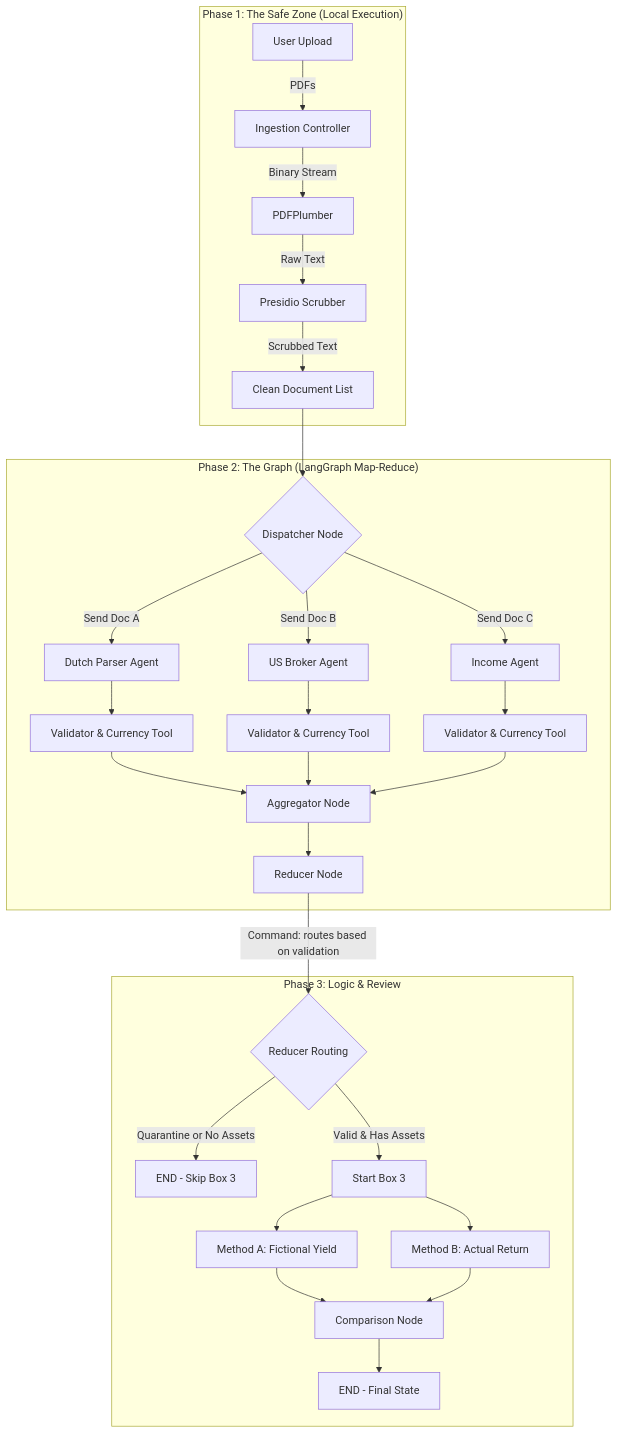
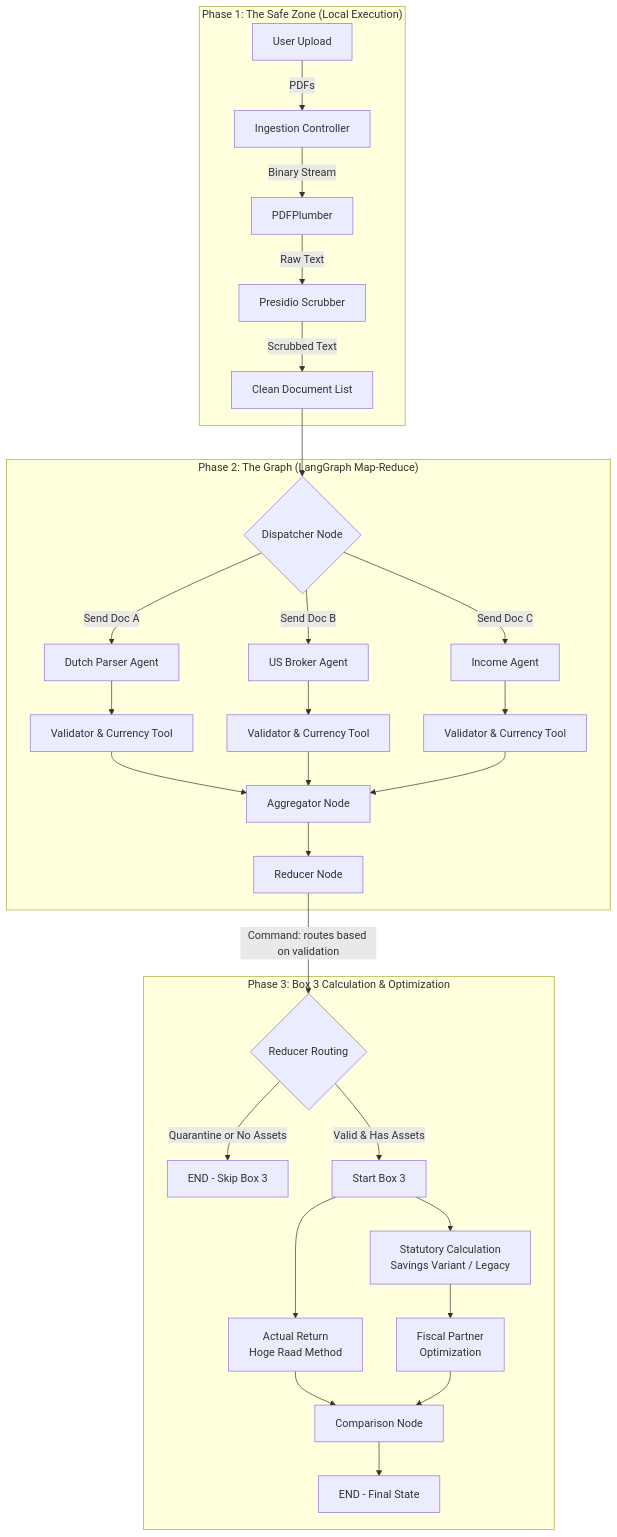
Before and after one commit to DavidLimNL/dutch_tax_agent: the diagram in README.md, drawn with Mermaid. The commit also changed other lines of this file and 18 other files, not shown here.

Commit message:
feat: implement box 3 statutory calculation adjustments

````diff
--- a/README.md
+++ b/README.md
@@ -17,42 +17,43 @@
 ```mermaid
 graph TD
     subgraph "Phase 1: The Safe Zone (Local Execution)"
         User[User Upload] -->|PDFs| Ingest[Ingestion Controller]
         Ingest -->|Binary Stream| Parser[PDFPlumber]
         Parser -->|Raw Text| PII[Presidio Scrubber]
         PII -->|Scrubbed Text| SafeData[Clean Document List]
     end
 
     subgraph "Phase 2: The Graph (LangGraph Map-Reduce)"
         SafeData --> Dispatcher{Dispatcher Node}
         
         Dispatcher -->|Send Doc A| DutchAgent[Dutch Parser Agent]
         Dispatcher -->|Send Doc B| USAgent[US Broker Agent]
         Dispatcher -->|Send Doc C| SalaryAgent[Income Agent]
         
         DutchAgent --> ValidatorA[Validator & Currency Tool]
         USAgent --> ValidatorB[Validator & Currency Tool]
         SalaryAgent --> ValidatorC[Validator & Currency Tool]
         
         ValidatorA --> Aggregate[Aggregator Node]
         ValidatorB --> Aggregate
         ValidatorC --> Aggregate
         
         Aggregate --> Reducer[Reducer Node]
     end
 
-    subgraph "Phase 3: Logic & Review"
+    subgraph "Phase 3: Box 3 Calculation & Optimization"
         Reducer -->|Command: routes based on validation| Check{Reducer Routing}
         
         Check -->|Quarantine or No Assets| End1[END - Skip Box 3]
         
         Check -->|Valid & Has Assets| StartBox3[Start Box 3]
         
-        StartBox3 --> OldCalc[Method A: Fictional Yield]
-        StartBox3 --> NewCalc[Method B: Actual Return]
+        StartBox3 --> Statutory[Statutory Calculation<br/>Savings Variant / Legacy]
+        StartBox3 --> Actual[Actual Return<br/>Hoge Raad Method]
         
-        OldCalc --> Compare[Comparison Node]
-        NewCalc --> Compare
+        Statutory --> Optimize[Fiscal Partner<br/>Optimization]
+        Actual --> Compare[Comparison Node]
+        Optimize --> Compare
         Compare --> End2[END - Final State]
     end
 ```
````
